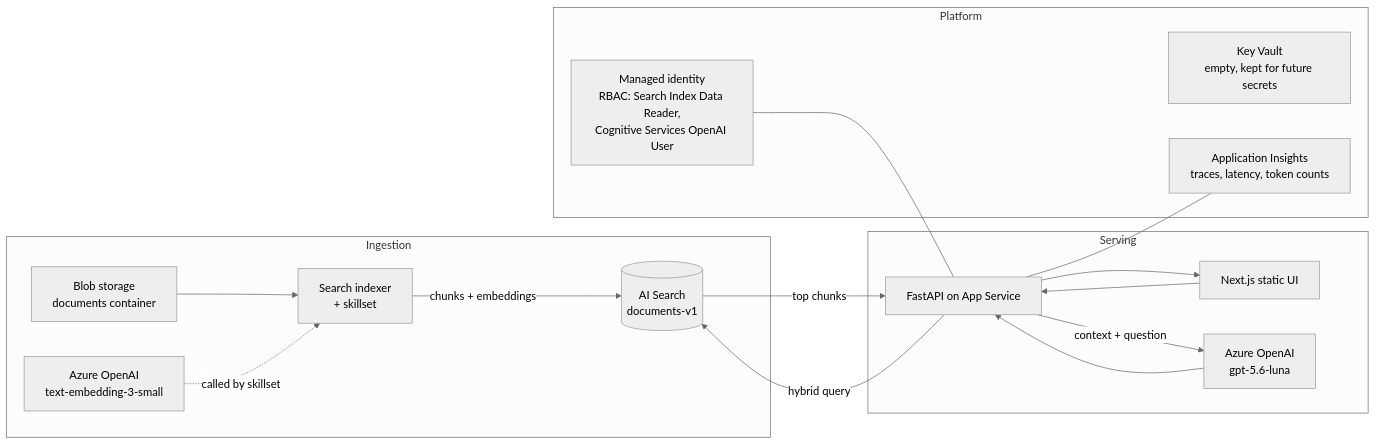
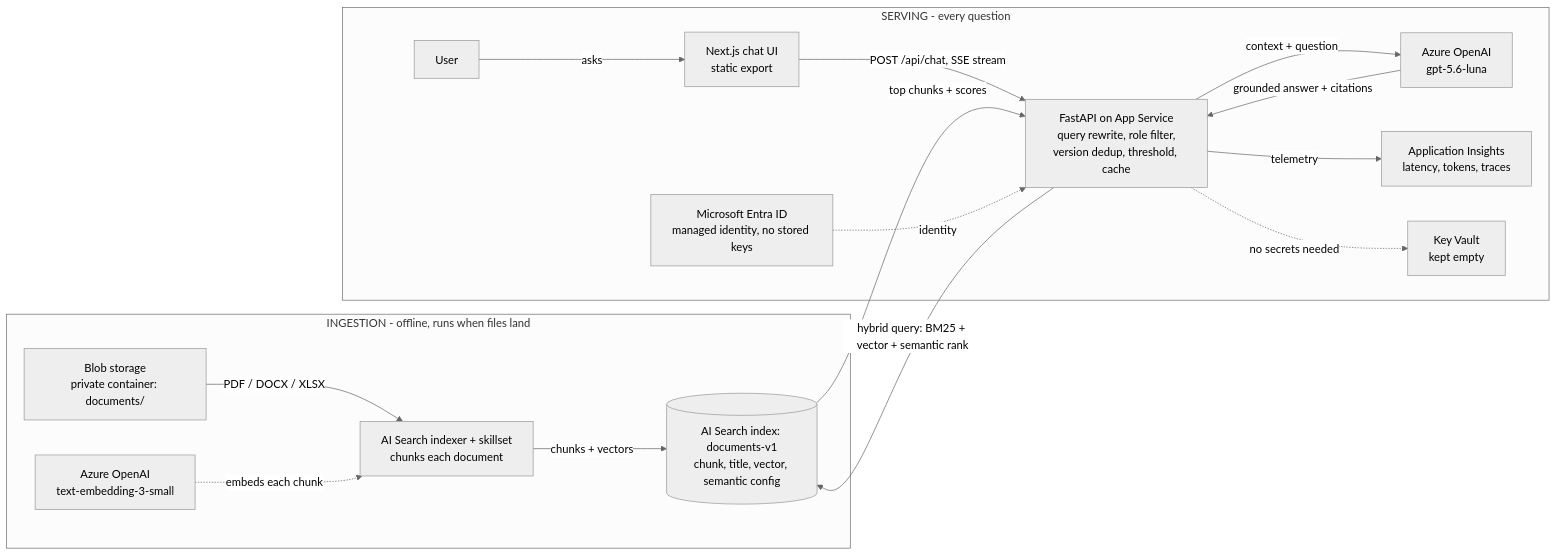
One commit to raj921/analytos-rag-assessment changed the diagram in README.md. Above: the diagram before and after it, drawn with Mermaid (neutral theme).

Commit message:
fuller architecture diagram in readme

````diff
--- a/README.md
+++ b/README.md
@@ -66,25 +66,20 @@
 ```mermaid
 flowchart LR
-    subgraph ingestion [Ingestion]
-        BLOB[Blob storage<br>documents container] --> IDX[Search indexer<br>+ skillset]
-        IDX -->|chunks + embeddings| SI[(AI Search<br>documents-v1)]
-        EMB[Azure OpenAI<br>text-embedding-3-small] -.->|called by skillset| IDX
+    subgraph ingestion ["INGESTION - offline, runs when files land"]
+        BLOB["Blob storage<br>private container: documents/"] -->|"PDF / DOCX / XLSX"| IDX["AI Search indexer + skillset<br>chunks each document"]
+        EMB["Azure OpenAI<br>text-embedding-3-small"] -.->|"embeds each chunk"| IDX
+        IDX -->|"chunks + vectors"| SI[("AI Search index: documents-v1<br>chunk, title, vector, semantic config")]
     end
 
-    subgraph serve [Serving]
-        UI[Next.js static UI] --> API[FastAPI on App Service]
-        API -->|hybrid query| SI
-        SI -->|top chunks| API
-        API -->|context + question| GPT[Azure OpenAI<br>gpt-5.6-luna]
-        GPT --> API --> UI
+    subgraph serve ["SERVING - every question"]
+        USER["User"] -->|"asks"| UI["Next.js chat UI<br>static export"]
+        UI -->|"POST /api/chat, SSE stream"| API["FastAPI on App Service<br>query rewrite, role filter,<br>version dedup, threshold, cache"]
+        API -->|"hybrid query: BM25 + vector + semantic rank"| SI
+        SI -->|"top chunks + scores"| API
+        API -->|"context + question"| GPT["Azure OpenAI<br>gpt-5.6-luna"]
+        GPT -->|"grounded answer + citations"| API
+        API -->|"telemetry"| AI["Application Insights<br>latency, tokens, traces"]
+        ENTRA["Microsoft Entra ID<br>managed identity, no stored keys"] -.->|"identity"| API
+        API -.->|"no secrets needed"| KV["Key Vault<br>kept empty"]
     end
-
-    subgraph platform [Platform]
-        MI[Managed identity<br>RBAC: Search Index Data Reader,<br>Cognitive Services OpenAI User]
-        KV[Key Vault<br>empty, kept for future secrets]
-        AI[Application Insights<br>traces, latency, token counts]
-    end
-
-    MI --- API
-    API --- AI
 ```
````
